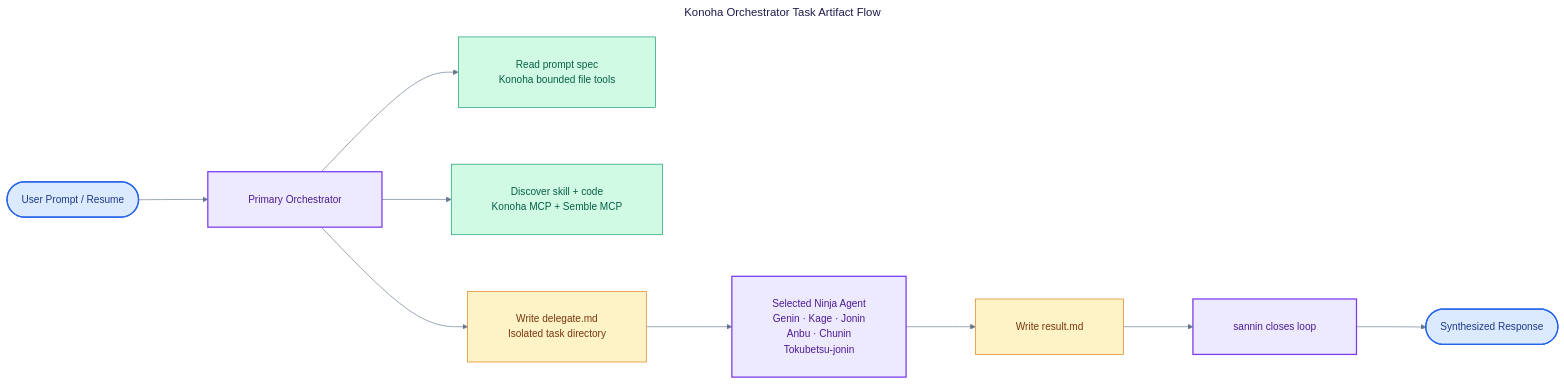
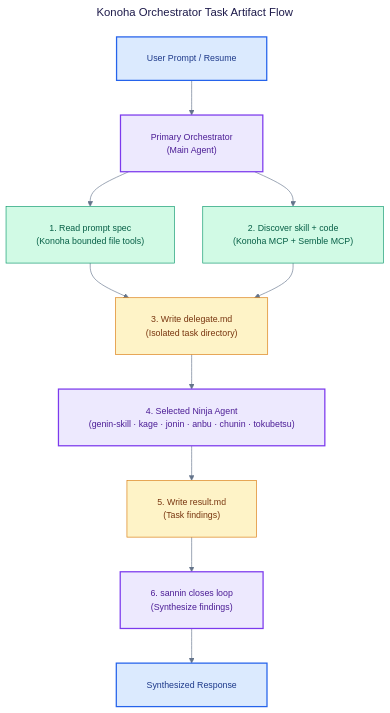
One commit to andycungkrinx91/konoha changed the first of 2 diagrams in README.md. Above: the diagram before and after it, drawn with Mermaid. The commit also changed other lines of this file and 18 other files, not shown here.

````diff
--- a/README.md
+++ b/README.md
@@ -100,40 +100,42 @@
 ```mermaid
 ---
 title: Konoha Orchestrator Task Artifact Flow
 config:
   theme: base
   themeVariables:
     background: '#ffffff'
     primaryColor: '#ede9fe'
     primaryTextColor: '#1e1b4b'
     primaryBorderColor: '#7c3aed'
     lineColor: '#64748b'
     secondaryColor: '#d1fae5'
     tertiaryColor: '#dbeafe'
-    fontFamily: 'Inter, ui-sans-serif, system-ui, sans-serif'
+    fontFamily: 'Inter, system-ui, sans-serif'
+    fontSize: '14px'
   flowchart:
-    nodeSpacing: 90
-    rankSpacing: 110
-    padding: 32
-    wrappingWidth: 360
+    nodeSpacing: 45
+    rankSpacing: 55
+    padding: 24
+    wrappingWidth: 380
 ---
-flowchart LR
-    Prompt([User Prompt / Resume]) --> Orchestrator[Primary Orchestrator]
-    Orchestrator --> Read[Read prompt spec<br/>Konoha bounded file tools]
-    Orchestrator --> Discover[Discover skill + code<br/>Konoha MCP + Semble MCP]
-    Orchestrator --> Contract[Write delegate.md<br/>Isolated task directory]
-    Contract --> Agent[Selected Ninja Agent<br/>Genin · Kage · Jonin<br/>Anbu · Chunin<br/>Tokubetsu-jonin]
-    Agent --> Result[Write result.md]
-    Result --> Close[sannin closes loop]
-    Close --> Response([Synthesized Response])
+flowchart TB
+    Prompt["User Prompt / Resume"] --> Orchestrator["Primary Orchestrator<br/>(Main Agent)"]
+    Orchestrator --> Read["1. Read prompt spec<br/>(Konoha bounded file tools)"]
+    Orchestrator --> Discover["2. Discover skill + code<br/>(Konoha MCP + Semble MCP)"]
+    Read --> Contract["3. Write delegate.md<br/>(Isolated task directory)"]
+    Discover --> Contract
+    Contract --> Agent["4. Selected Ninja Agent<br/>(genin-skill · kage · jonin · anbu · chunin · tokubetsu)"]
+    Agent --> Result["5. Write result.md<br/>(Task findings)"]
+    Result --> Close["6. sannin closes loop<br/>(Synthesize findings)"]
+    Close --> Response["Synthesized Response"]
 
     classDef user fill:#dbeafe,stroke:#2563eb,color:#1e3a8a,stroke-width:2px
     classDef orchestration fill:#ede9fe,stroke:#7c3aed,color:#4c1d95,stroke-width:2px
     classDef mcp fill:#d1fae5,stroke:#059669,color:#065f46
     classDef artifact fill:#fef3c7,stroke:#d97706,color:#78350f
     class Prompt,Response user
     class Orchestrator,Close orchestration
     class Read,Discover mcp
     class Contract,Result artifact
     class Agent orchestration
 ```
````
